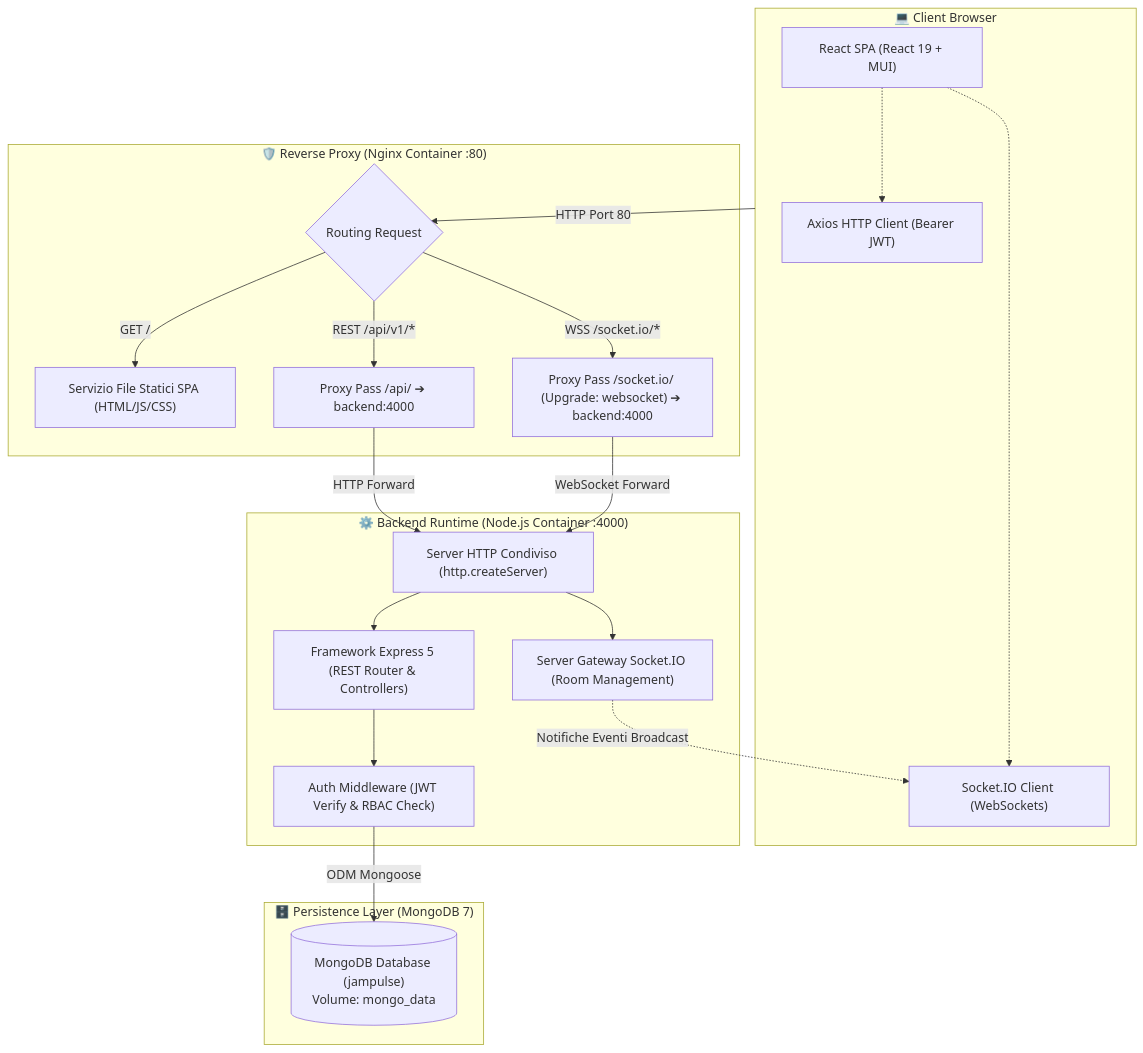
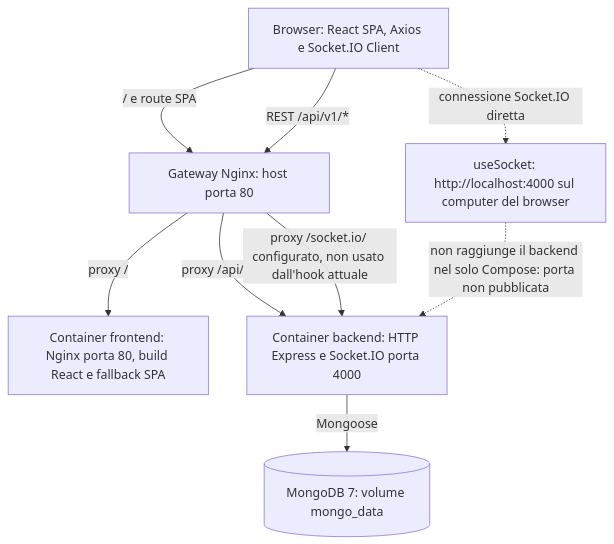
One commit to LucaValenz/JamPulse changed the first of 5 diagrams in README.md. Above: the diagram before and after it, drawn with Mermaid. The commit also changed other lines of this file and 22 other files, not shown here.

First line of the commit message:
Aggiorna documentazione tecnica e diagrammi

````diff
--- a/README.md
+++ b/README.md
@@ -107,44 +107,18 @@
 ```mermaid
 flowchart TD
-    subgraph Client["💻 Client Browser"]
-        SPA["React SPA (React 19 + MUI)"]
-        AxiosClient["Axios HTTP Client (Bearer JWT)"]
-        SocketClient["Socket.IO Client (WebSockets)"]
-    end
+    Browser["Browser: React SPA, Axios e Socket.IO Client"]
+    Gateway["Gateway Nginx: host porta 80"]
+    Frontend["Container frontend: Nginx porta 80, build React e fallback SPA"]
+    Backend["Container backend: HTTP Express e Socket.IO porta 4000"]
+    Mongo[("MongoDB 7: volume mongo_data")]
+    Direct["useSocket: http://localhost:4000 sul computer del browser"]
 
-    subgraph ReverseProxy["🛡️ Reverse Proxy (Nginx Container :80)"]
-        NginxRoute{"Routing Request"}
-        StaticHost["Servizio File Statici SPA (HTML/JS/CSS)"]
-        APIProxy["Proxy Pass /api/ ➔ backend:4000"]
-        WSProxy["Proxy Pass /socket.io/ (Upgrade: websocket) ➔ backend:4000"]
-    end
-
-    subgraph BackendApp["⚙️ Backend Runtime (Node.js Container :4000)"]
-        HttpServer["Server HTTP Condiviso (http.createServer)"]
-        ExpressApp["Framework Express 5 (REST Router & Controllers)"]
-        SocketServer["Server Gateway Socket.IO (Room Management)"]
-        AuthMW["Auth Middleware (JWT Verify & RBAC Check)"]
-    end
-
-    subgraph DataStorage["🗄️ Persistence Layer (MongoDB 7)"]
-        MongoDb[("MongoDB Database (jampulse)\nVolume: mongo_data")]
-    end
-
-    Client -->|HTTP Port 80| NginxRoute
-    SPA -.-> AxiosClient
-    SPA -.-> SocketClient
-    
-    NginxRoute -->|"GET /"| StaticHost
-    NginxRoute -->|"REST /api/v1/*"| APIProxy
-    NginxRoute -->|"WSS /socket.io/*"| WSProxy
-
-    APIProxy -->|HTTP Forward| HttpServer
-    WSProxy -->|WebSocket Forward| HttpServer
-
-    HttpServer --> ExpressApp
-    HttpServer --> SocketServer
-
-    ExpressApp --> AuthMW
-    AuthMW -->|"ODM Mongoose"| MongoDb
-    SocketServer -.->|"Notifiche Eventi Broadcast"| SocketClient
+    Browser -->|"/ e route SPA"| Gateway
+    Gateway -->|"proxy /"| Frontend
+    Browser -->|"REST /api/v1/*"| Gateway
+    Gateway -->|"proxy /api/"| Backend
+    Gateway -->|"proxy /socket.io/ configurato, non usato dall'hook attuale"| Backend
+    Browser -.->|"connessione Socket.IO diretta"| Direct
+    Direct -.->|"non raggiunge il backend nel solo Compose: porta non pubblicata"| Backend
+    Backend -->|"Mongoose"| Mongo
 ```
````
